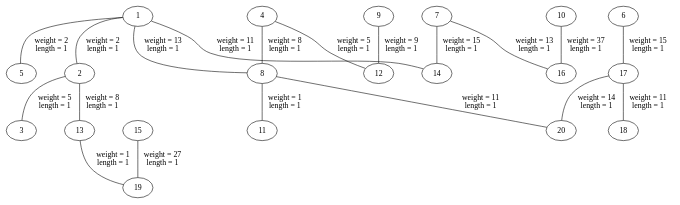
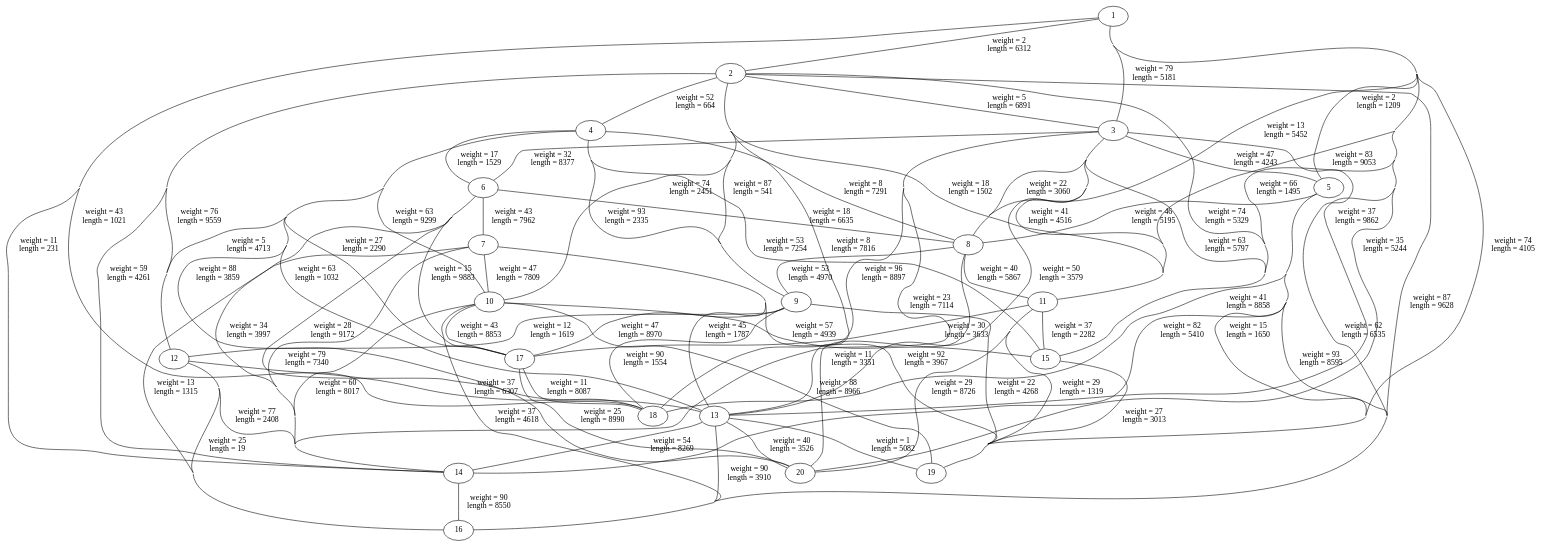
Before and after one commit to adam-elbernoussi/ENSAE-S2-IT-project: the diagram in graph_viz_output/Graph.gv, drawn with Graphviz. The commit also changed 3 other files, not shown here.

```diff
--- a/graph_viz_output/Graph.gv
+++ b/graph_viz_output/Graph.gv
@@ -1,62 +1,186 @@
 // Graph visualisation
 graph "Graph" {
 	graph [concentrate=True]
 	1
 	2
 	3
 	4
 	5
 	6
 	7
 	8
 	9
 	10
 	11
 	12
 	13
 	14
 	15
 	16
 	17
 	18
 	19
 	20
 	1 -- 2 [label="weight = 2
- length = 1" weight=2]
+ length = 6312" weight=2]
+	1 -- 19 [label="weight = 74
+ length = 4105" weight=74]
+	1 -- 13 [label="weight = 37
+ length = 9862" weight=37]
 	1 -- 5 [label="weight = 2
- length = 1" weight=2]
+ length = 1209" weight=2]
+	1 -- 3 [label="weight = 79
+ length = 5181" weight=79]
+	1 -- 11 [label="weight = 83
+ length = 9053" weight=83]
+	1 -- 18 [label="weight = 43
+ length = 1021" weight=43]
 	1 -- 14 [label="weight = 11
- length = 1" weight=11]
+ length = 231" weight=11]
+	1 -- 15 [label="weight = 66
+ length = 1495" weight=66]
+	1 -- 20 [label="weight = 35
+ length = 5244" weight=35]
 	1 -- 8 [label="weight = 13
- length = 1" weight=13]
+ length = 5452" weight=13]
 	2 -- 3 [label="weight = 5
- length = 1" weight=5]
+ length = 6891" weight=5]
+	2 -- 4 [label="weight = 52
+ length = 664" weight=52]
+	2 -- 12 [label="weight = 76
+ length = 9559" weight=76]
 	2 -- 13 [label="weight = 8
- length = 1" weight=8]
+ length = 7816" weight=8]
+	2 -- 15 [label="weight = 74
+ length = 5329" weight=74]
+	2 -- 16 [label="weight = 87
+ length = 9628" weight=87]
+	2 -- 11 [label="weight = 18
+ length = 1502" weight=18]
+	2 -- 9 [label="weight = 87
+ length = 541" weight=87]
+	2 -- 14 [label="weight = 59
+ length = 4261" weight=59]
+	2 -- 10 [label="weight = 74
+ length = 2451" weight=74]
+	3 -- 5 [label="weight = 47
+ length = 4243" weight=47]
+	3 -- 6 [label="weight = 32
+ length = 8377" weight=32]
+	3 -- 13 [label="weight = 50
+ length = 3579" weight=50]
+	3 -- 15 [label="weight = 63
+ length = 5797" weight=63]
+	3 -- 14 [label="weight = 23
+ length = 7114" weight=23]
+	3 -- 16 [label="weight = 62
+ length = 6535" weight=62]
+	3 -- 18 [label="weight = 96
+ length = 8897" weight=96]
+	3 -- 8 [label="weight = 22
+ length = 3060" weight=22]
+	3 -- 11 [label="weight = 41
+ length = 4516" weight=41]
+	4 -- 17 [label="weight = 27
+ length = 2290" weight=27]
+	4 -- 15 [label="weight = 53
+ length = 7254" weight=53]
+	4 -- 6 [label="weight = 17
+ length = 1529" weight=17]
+	4 -- 13 [label="weight = 63
+ length = 1032" weight=63]
+	4 -- 10 [label="weight = 63
+ length = 9299" weight=63]
+	4 -- 9 [label="weight = 93
+ length = 2335" weight=93]
 	4 -- 12 [label="weight = 5
- length = 1" weight=5]
+ length = 4713" weight=5]
 	4 -- 8 [label="weight = 8
- length = 1" weight=8]
+ length = 7291" weight=8]
+	4 -- 18 [label="weight = 88
+ length = 3859" weight=88]
+	5 -- 14 [label="weight = 82
+ length = 5410" weight=82]
+	5 -- 19 [label="weight = 15
+ length = 1650" weight=15]
+	5 -- 8 [label="weight = 46
+ length = 5195" weight=46]
+	5 -- 18 [label="weight = 41
+ length = 8858" weight=41]
+	5 -- 16 [label="weight = 93
+ length = 8595" weight=93]
+	6 -- 7 [label="weight = 43
+ length = 7962" weight=43]
+	6 -- 8 [label="weight = 18
+ length = 6635" weight=18]
+	6 -- 20 [label="weight = 28
+ length = 9172" weight=28]
+	6 -- 14 [label="weight = 34
+ length = 3997" weight=34]
 	6 -- 17 [label="weight = 15
- length = 1" weight=15]
+ length = 9883" weight=15]
+	7 -- 10 [label="weight = 47
+ length = 7809" weight=47]
+	7 -- 14 [label="weight = 79
+ length = 7340" weight=79]
+	7 -- 13 [label="weight = 45
+ length = 1787" weight=45]
+	7 -- 19 [label="weight = 92
+ length = 3967" weight=92]
 	7 -- 16 [label="weight = 13
- length = 1" weight=13]
-	7 -- 14 [label="weight = 15
- length = 1" weight=15]
-	8 -- 11 [label="weight = 1
- length = 1" weight=1]
+ length = 1315" weight=13]
+	8 -- 9 [label="weight = 53
+ length = 4970" weight=53]
+	8 -- 11 [label="weight = 40
+ length = 5867" weight=40]
 	8 -- 20 [label="weight = 11
- length = 1" weight=11]
-	9 -- 12 [label="weight = 9
- length = 1" weight=9]
+ length = 3351" weight=11]
+	9 -- 18 [label="weight = 90
+ length = 1554" weight=90]
+	9 -- 12 [label="weight = 12
+ length = 1619" weight=12]
+	9 -- 19 [label="weight = 22
+ length = 4268" weight=22]
+	9 -- 17 [label="weight = 47
+ length = 8970" weight=47]
 	10 -- 16 [label="weight = 37
- length = 1" weight=37]
+ length = 4618" weight=37]
+	10 -- 14 [label="weight = 60
+ length = 8017" weight=60]
+	10 -- 15 [label="weight = 57
+ length = 4939" weight=57]
+	10 -- 17 [label="weight = 43
+ length = 8853" weight=43]
+	10 -- 19 [label="weight = 88
+ length = 8966" weight=88]
+	11 -- 15 [label="weight = 37
+ length = 2282" weight=37]
+	11 -- 20 [label="weight = 29
+ length = 8726" weight=29]
+	11 -- 17 [label="weight = 30
+ length = 3633" weight=30]
+	11 -- 19 [label="weight = 29
+ length = 1319" weight=29]
+	12 -- 14 [label="weight = 77
+ length = 2408" weight=77]
+	12 -- 16 [label="weight = 25
+ length = 19" weight=25]
+	12 -- 13 [label="weight = 37
+ length = 6307" weight=37]
+	13 -- 14 [label="weight = 54
+ length = 8269" weight=54]
 	13 -- 19 [label="weight = 1
- length = 1" weight=1]
+ length = 5082" weight=1]
+	13 -- 16 [label="weight = 90
+ length = 3910" weight=90]
+	13 -- 20 [label="weight = 40
+ length = 3526" weight=40]
+	14 -- 16 [label="weight = 90
+ length = 8550" weight=90]
 	15 -- 19 [label="weight = 27
- length = 1" weight=27]
+ length = 3013" weight=27]
+	17 -- 20 [label="weight = 25
+ length = 8990" weight=25]
 	17 -- 18 [label="weight = 11
- length = 1" weight=11]
-	17 -- 20 [label="weight = 14
- length = 1" weight=14]
+ length = 8087" weight=11]
 }
```
